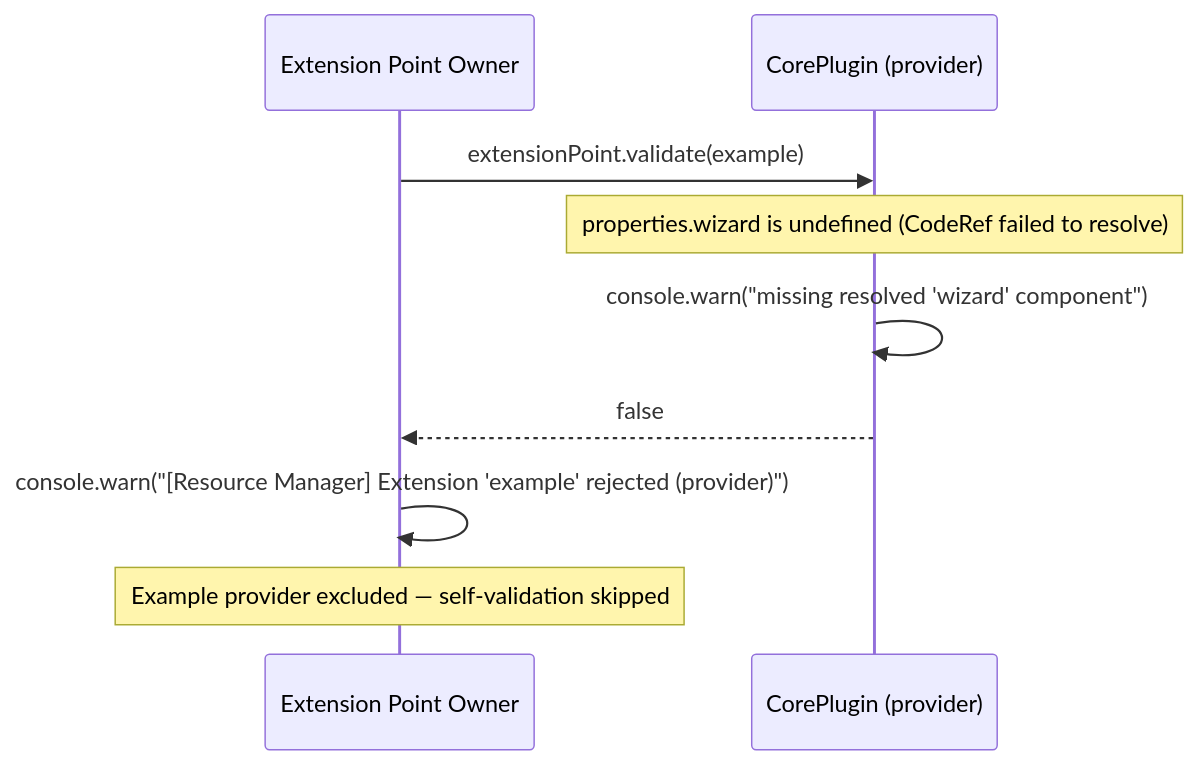
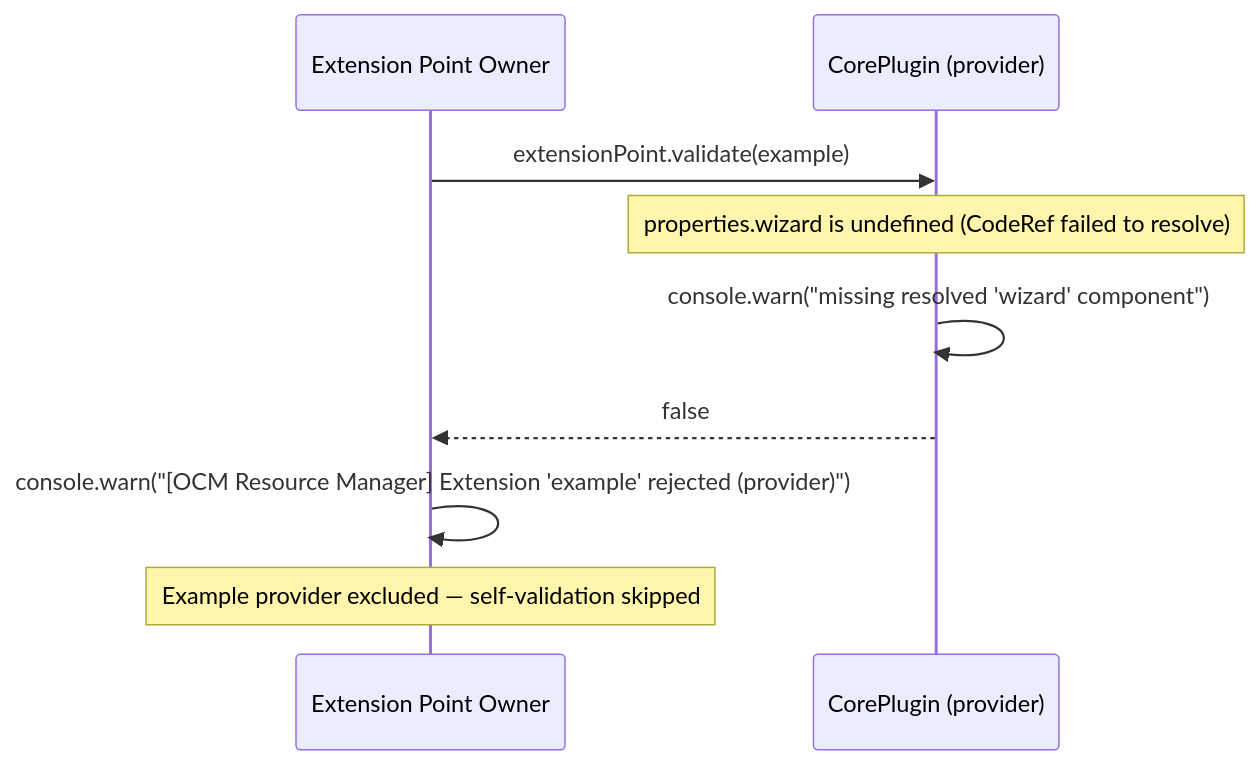
Before and after one commit to fleetshift/fleetshift-poc: the third of 4 diagrams in docs/ui/extension-validation.md, drawn with Mermaid. The commit also changed other lines of this file and 139 other files, not shown here.

Commit message:
Clarify platform, architecture, and resource manager terminology

````diff
--- a/docs/ui/extension-validation.md
+++ b/docs/ui/extension-validation.md
@@ -571,12 +571,12 @@
 ```mermaid
 sequenceDiagram
     participant EPOwner as Extension Point Owner
     participant Core as CorePlugin (provider)
 
     EPOwner->>Core: extensionPoint.validate(example)
     Note over Core: properties.wizard is undefined (CodeRef failed to resolve)
     Core->>Core: console.warn("missing resolved 'wizard' component")
     Core-->>EPOwner: false
-    EPOwner->>EPOwner: console.warn("[Resource Manager] Extension 'example' rejected (provider)")
+    EPOwner->>EPOwner: console.warn("[OCM Resource Manager] Extension 'example' rejected (provider)")
     Note over EPOwner: Example provider excluded — self-validation skipped
 ```
````
